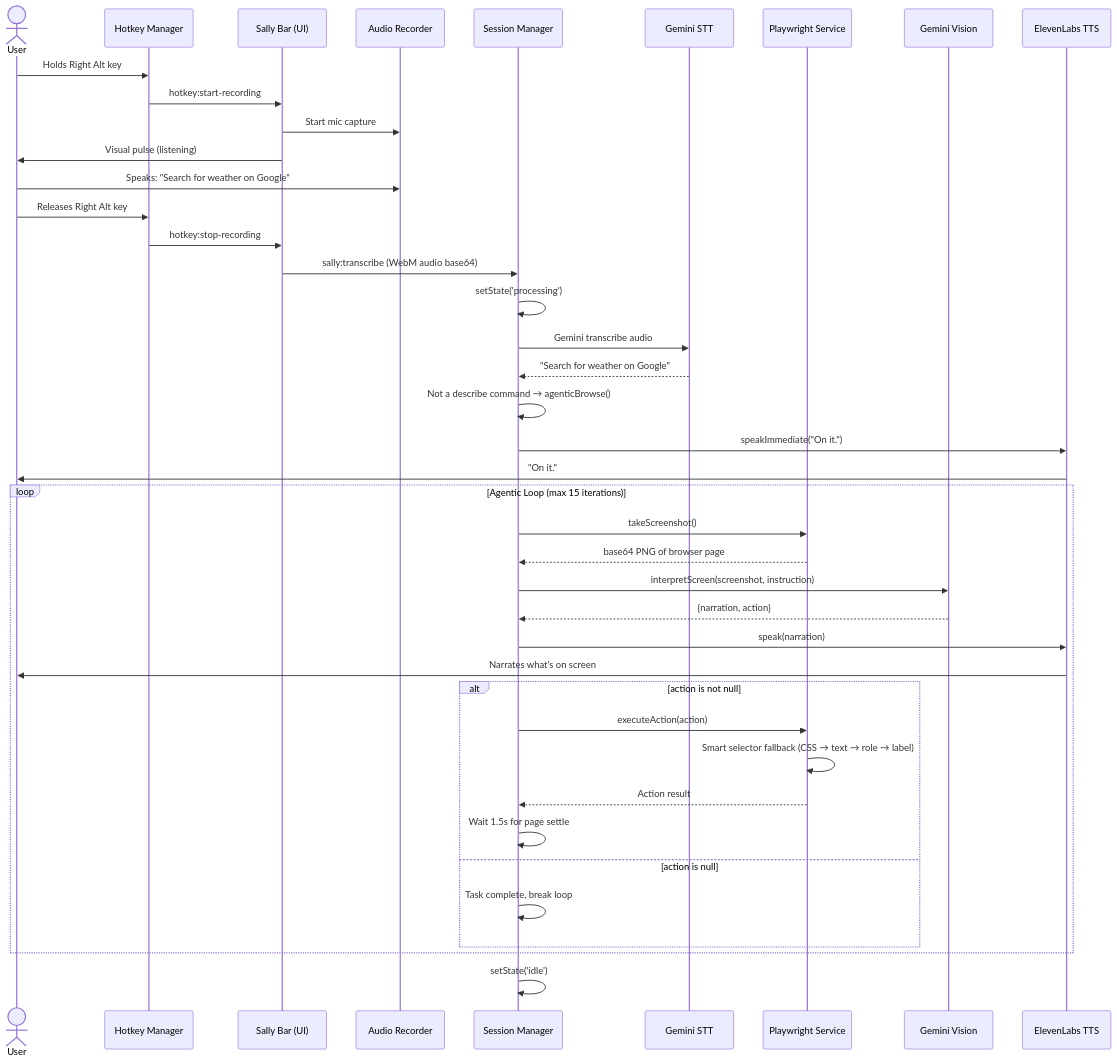
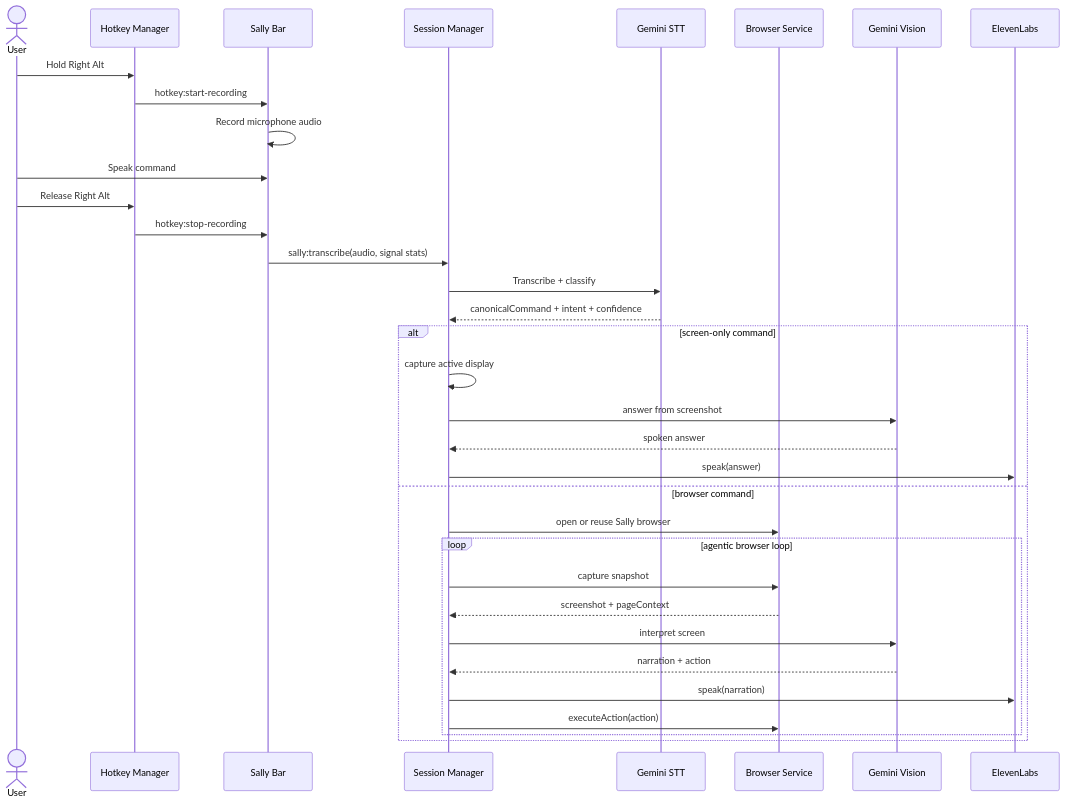
Before and after one commit to Manoj7ar/Sally: the second of 7 diagrams in docs/architecture.md, drawn with Mermaid. The commit also changed other lines of this file and 21 other files, not shown here.

Commit message:
Replace browser automation with Sally browser runtime

````diff
--- a/docs/architecture.md
+++ b/docs/architecture.md
@@ -167,51 +178,41 @@
 ```mermaid
 sequenceDiagram
     actor User
     participant HKM as Hotkey Manager
-    participant SallyBar as Sally Bar (UI)
-    participant Recorder as Audio Recorder
+    participant Bar as Sally Bar
     participant SES as Session Manager
     participant STT as Gemini STT
-    participant PLW as Playwright Service
+    participant BRS as Browser Service
     participant GEM as Gemini Vision
-    participant TTS as ElevenLabs TTS
+    participant TTS as ElevenLabs
 
-    User->>HKM: Holds Right Alt key
-    HKM->>SallyBar: hotkey:start-recording
-    SallyBar->>Recorder: Start mic capture
-    SallyBar->>User: Visual pulse (listening)
+    User->>HKM: Hold Right Alt
+    HKM->>Bar: hotkey:start-recording
+    Bar->>Bar: Record microphone audio
 
-    User->>Recorder: Speaks: "Search for weather on Google"
+    User->>Bar: Speak command
 
-    User->>HKM: Releases Right Alt key
-    HKM->>SallyBar: hotkey:stop-recording
-    SallyBar->>SES: sally:transcribe (WebM audio base64)
+    User->>HKM: Release Right Alt
+    HKM->>Bar: hotkey:stop-recording
+    Bar->>SES: sally:transcribe(audio, signal stats)
 
-    SES->>SES: setState('processing')
-    SES->>STT: Gemini transcribe audio
-    STT-->>SES: "Search for weather on Google"
+    SES->>STT: Transcribe + classify
+    STT-->>SES: canonicalCommand + intent + confidence
 
-    SES->>SES: Not a describe command → agenticBrowse()
-    SES->>TTS: speakImmediate("On it.")
-    TTS->>User: "On it."
-
-    loop Agentic Loop (max 15 iterations)
-        SES->>PLW: takeScreenshot()
-        PLW-->>SES: base64 PNG of browser page
-        SES->>GEM: interpretScreen(screenshot, instruction)
-        GEM-->>SES: {narration, action}
-        SES->>TTS: speak(narration)
-        TTS->>User: Narrates what's on screen
-
-        alt action is not null
-            SES->>PLW: executeAction(action)
-            PLW->>PLW: Smart selector fallback (CSS → text → role → label)
-            PLW-->>SES: Action result
-            SES->>SES: Wait 1.5s for page settle
-        else action is null
-            SES->>SES: Task complete, break loop
+    alt screen-only command
+        SES->>SES: capture active display
+        SES->>GEM: answer from screenshot
+        GEM-->>SES: spoken answer
+        SES->>TTS: speak(answer)
+    else browser command
+        SES->>BRS: open or reuse Sally browser
+        loop agentic browser loop
+            SES->>BRS: capture snapshot
+            BRS-->>SES: screenshot + pageContext
+            SES->>GEM: interpret screen
+            GEM-->>SES: narration + action
+            SES->>TTS: speak(narration)
+            SES->>BRS: executeAction(action)
         end
     end
-
-    SES->>SES: setState('idle')
 ```
````
